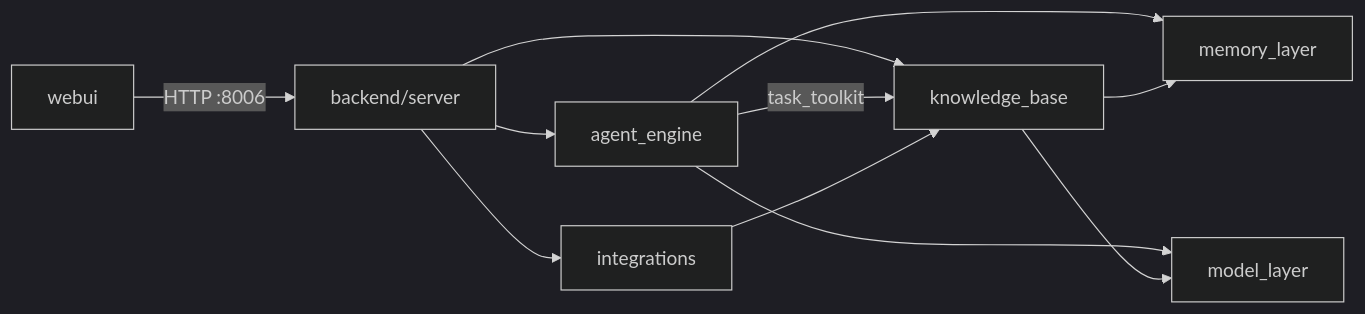
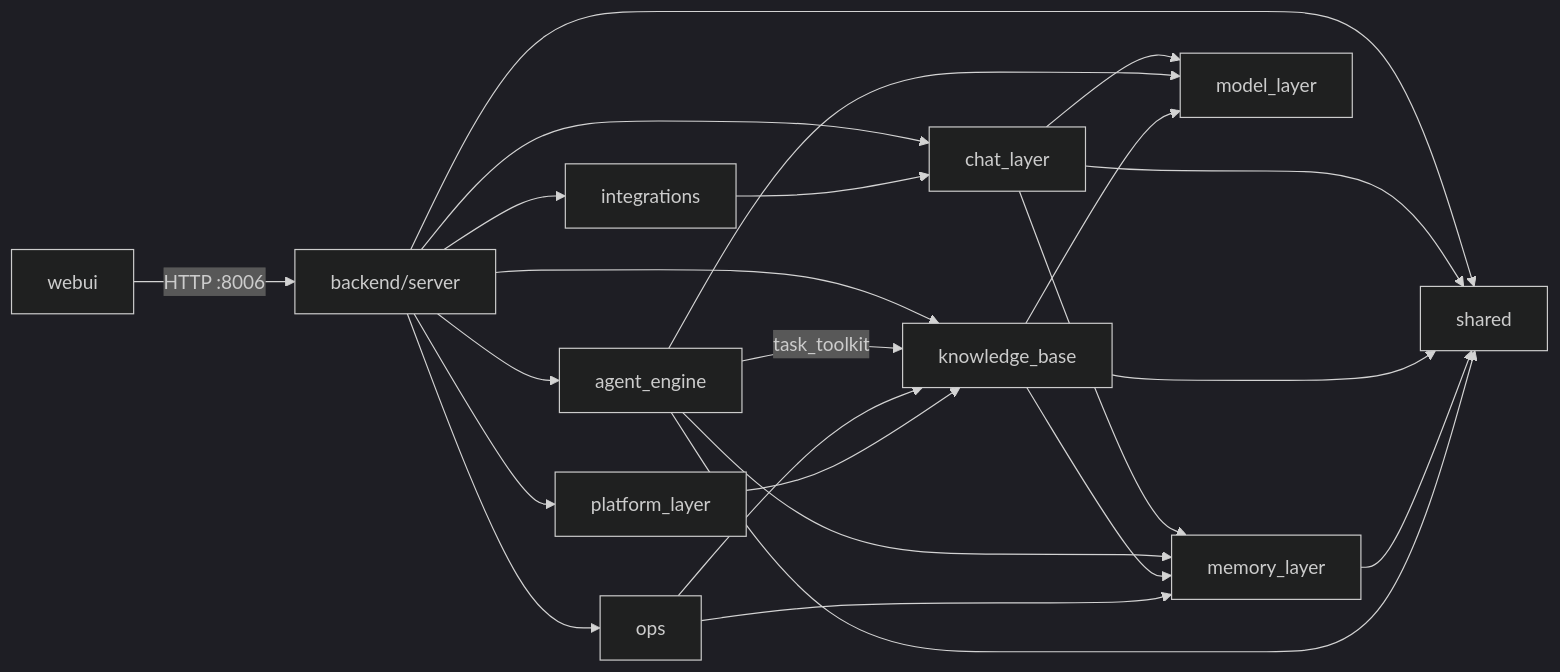
The diagram in 项目文档/0-程序目录结构.md (vaelephant/666-HiveMindOS), drawn with Mermaid (dark theme) before and after one commit. The commit also changed other lines of this file and 209 other files, not shown here.

````diff
--- a/项目文档/0-程序目录结构.md
+++ b/项目文档/0-程序目录结构.md
@@ -30,13 +34,26 @@
 ```mermaid
 flowchart LR
   UI[webui] -->|HTTP :8006| API[backend/server]
+  API --> CH[chat_layer]
   API --> AE[agent_engine]
   API --> KB[knowledge_base]
   API --> INT[integrations]
+  API --> SH[shared]
+  CH --> SH
+  KB --> SH
+  MEM --> SH
+  AE --> SH
+  CH --> MEM[memory_layer]
   AE -->|task_toolkit| KB
-  AE --> MEM[memory_layer]
+  AE --> MEM
   KB --> MEM
+  CH --> ML[model_layer]
+  API --> OPS[ops]
+  API --> PL[platform_layer]
+  OPS --> KB
+  OPS --> MEM
+  PL --> KB
   AE --> ML[model_layer]
   KB --> ML
-  INT --> KB
+  INT --> CH
 ```
````
